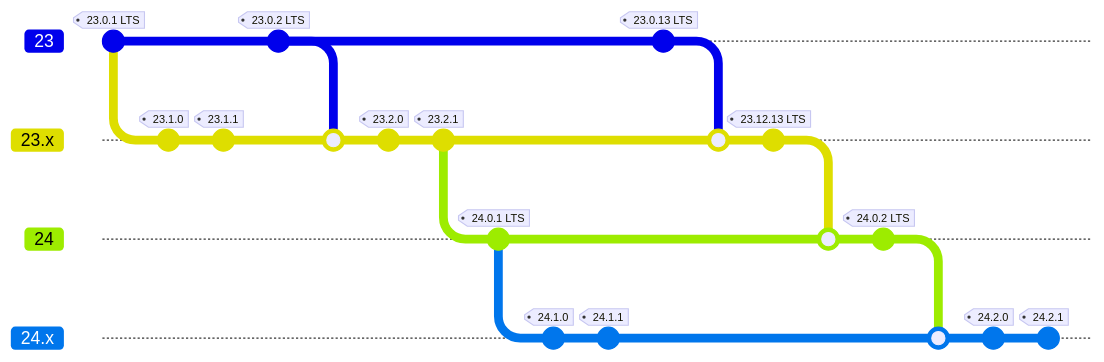
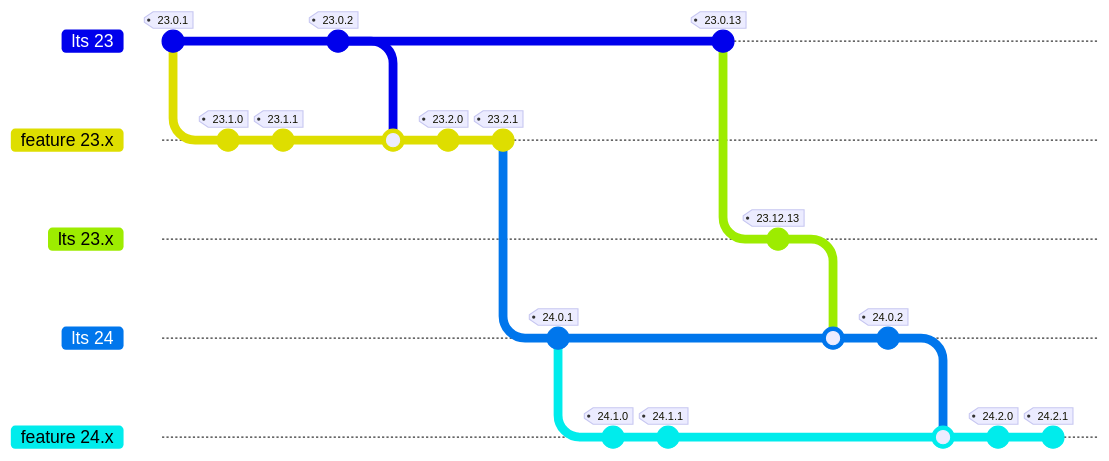
The diagram in docs/version-history/introduction-version-history.rst (htcondor/htcondor), drawn with Mermaid before and after one commit. Commit ids are hidden.

Commit message:
HTCONDOR-3382: Better version git graph with lts 23.x

```diff
--- a/docs/version-history/introduction-version-history.rst
+++ b/docs/version-history/introduction-version-history.rst
@@ -84,31 +84,30 @@
 .. mermaid::
 
-   %%{init: { 'gitGraph': {'showCommitLabel': false, 'mainBranchName': '23'}} }%%
+   %%{init: { 'gitGraph': {'showCommitLabel': false, 'mainBranchName': 'lts 23'}} }%%
    gitGraph LR:
-    commit tag: "23.0.1 LTS"
-    branch "23.x" order: 1
+    commit tag: "23.0.1"
+    branch "feature 23.x" order: 1
     commit tag: "23.1.0"
     commit tag: "23.1.1"
-    checkout "23"
-    commit tag: "23.0.2 LTS"
-    checkout "23.x"
-    merge "23"
+    checkout "lts 23"
+    commit tag: "23.0.2"
+    checkout "feature 23.x"
+    merge "lts 23"
     commit tag: "23.2.0"
     commit tag: "23.2.1"
-    branch "24" order: 2
-    commit tag: "24.0.1 LTS"
-    branch "24.x" order: 3
+    branch "lts 24" order: 3
+    commit tag: "24.0.1"
+    branch "feature 24.x" order: 4
     commit tag: "24.1.0"
     commit tag: "24.1.1"
-    checkout "23"
-    commit tag: "23.0.13 LTS"
-    checkout "23.x"
-    merge "23"
-    commit tag: "23.12.13 LTS"
-    checkout "24"
-    merge "23.x"
-    commit tag: "24.0.2 LTS"
-    checkout "24.x"
-    merge "24"
+    checkout "lts 23"
+    commit tag: "23.0.13"
+    branch "lts 23.x" order: 2
+    commit tag: "23.12.13"
+    checkout "lts 24"
+    merge "lts 23.x"
+    commit tag: "24.0.2"
+    checkout "feature 24.x"
+    merge "lts 24"
     commit tag: "24.2.0"
     commit tag: "24.2.1"
```
